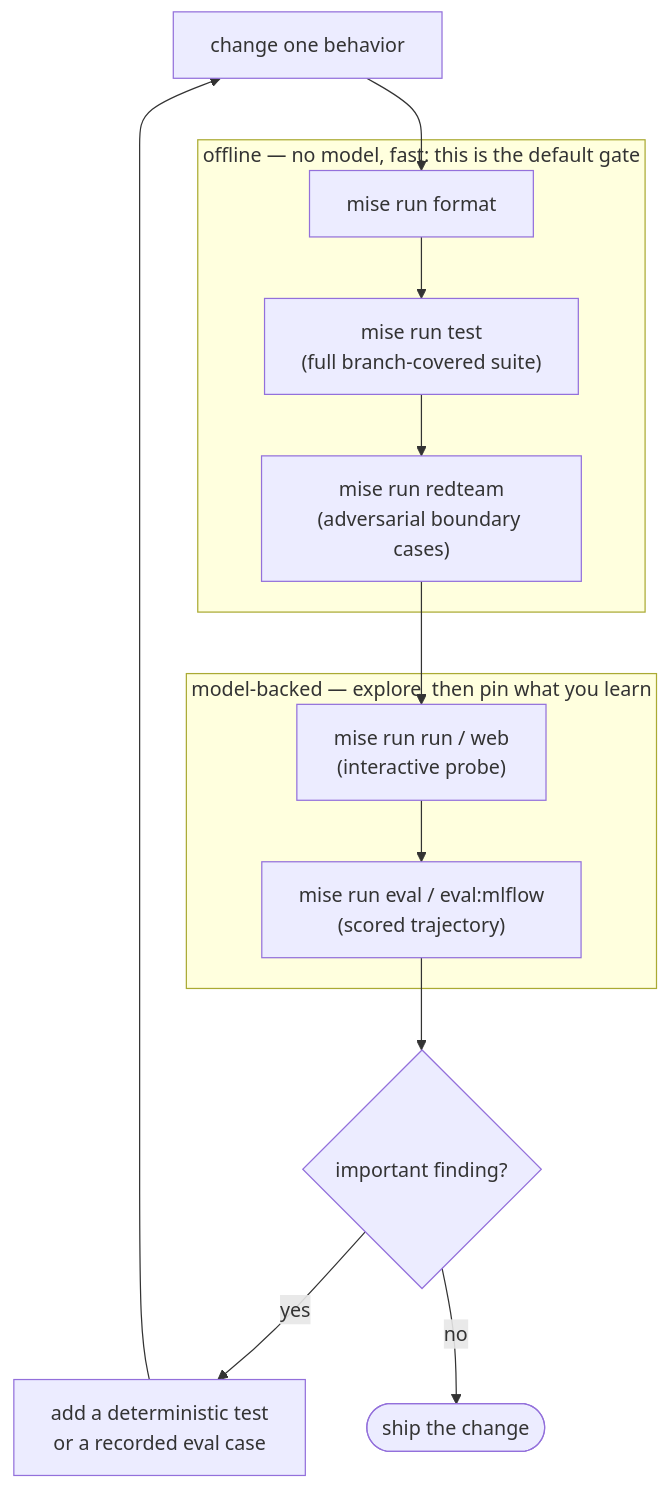
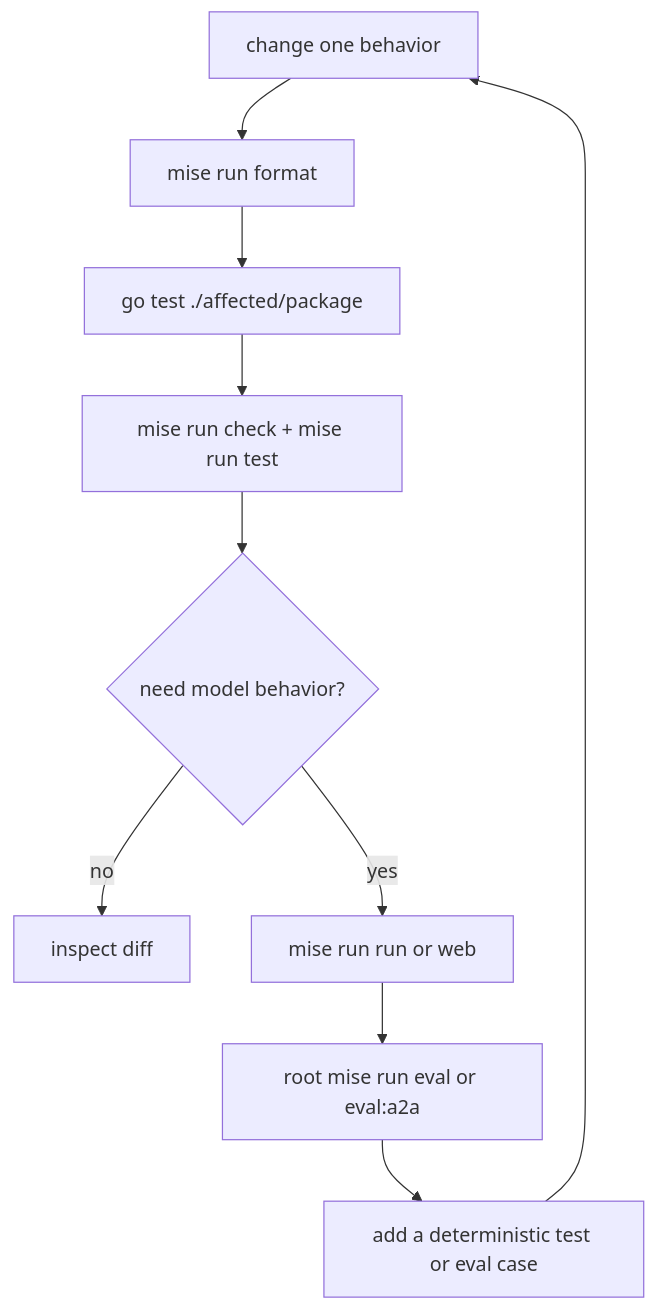
Before and after one commit to LuiGGi629/agentops-open-course: the diagram in content/2. Agents/2.5. Dev Loop.md, drawn with Mermaid. The commit also changed other lines of this file and 87 other files, not shown here.

````diff
--- a/content/2. Agents/2.5. Dev Loop.md
+++ b/content/2. Agents/2.5. Dev Loop.md
@@ -17,15 +23,12 @@
 ```mermaid
 flowchart TD
-    Change["change one behavior"]
-    subgraph Offline["offline — no model, fast: this is the default gate"]
-        Fmt["mise run format"] --> Test["mise run test<br/>(full branch-covered suite)"] --> RT["mise run redteam<br/>(adversarial boundary cases)"]
-    end
-    subgraph Model["model-backed — explore, then pin what you learn"]
-        Probe["mise run run / web<br/>(interactive probe)"] --> Eval["mise run eval / eval:mlflow<br/>(scored trajectory)"]
-    end
-    Change --> Fmt
-    RT --> Probe
-    Eval --> Q{"important finding?"}
-    Q -->|yes| Case["add a deterministic test<br/>or a recorded eval case"] --> Change
-    Q -->|no| Done(["ship the change"])
+    Change["change one behavior"] --> Format["mise run format"]
+    Format --> Focused["go test ./affected/package"]
+    Focused --> Offline["mise run check + mise run test"]
+    Offline --> Need{"need model behavior?"}
+    Need -->|no| Done["inspect diff"]
+    Need -->|yes| Probe["mise run run or web"]
+    Probe --> Eval["root mise run eval or eval:a2a"]
+    Eval --> Case["add a deterministic test or eval case"]
+    Case --> Change
 ```
````
